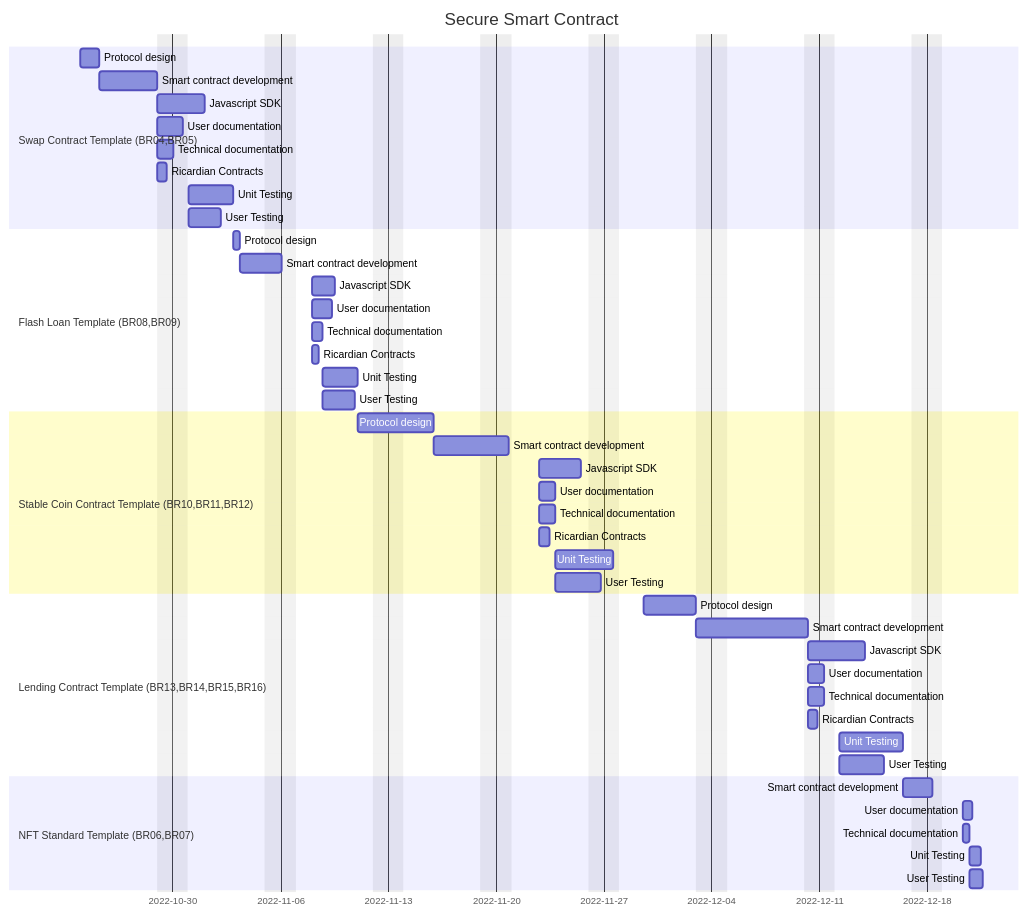
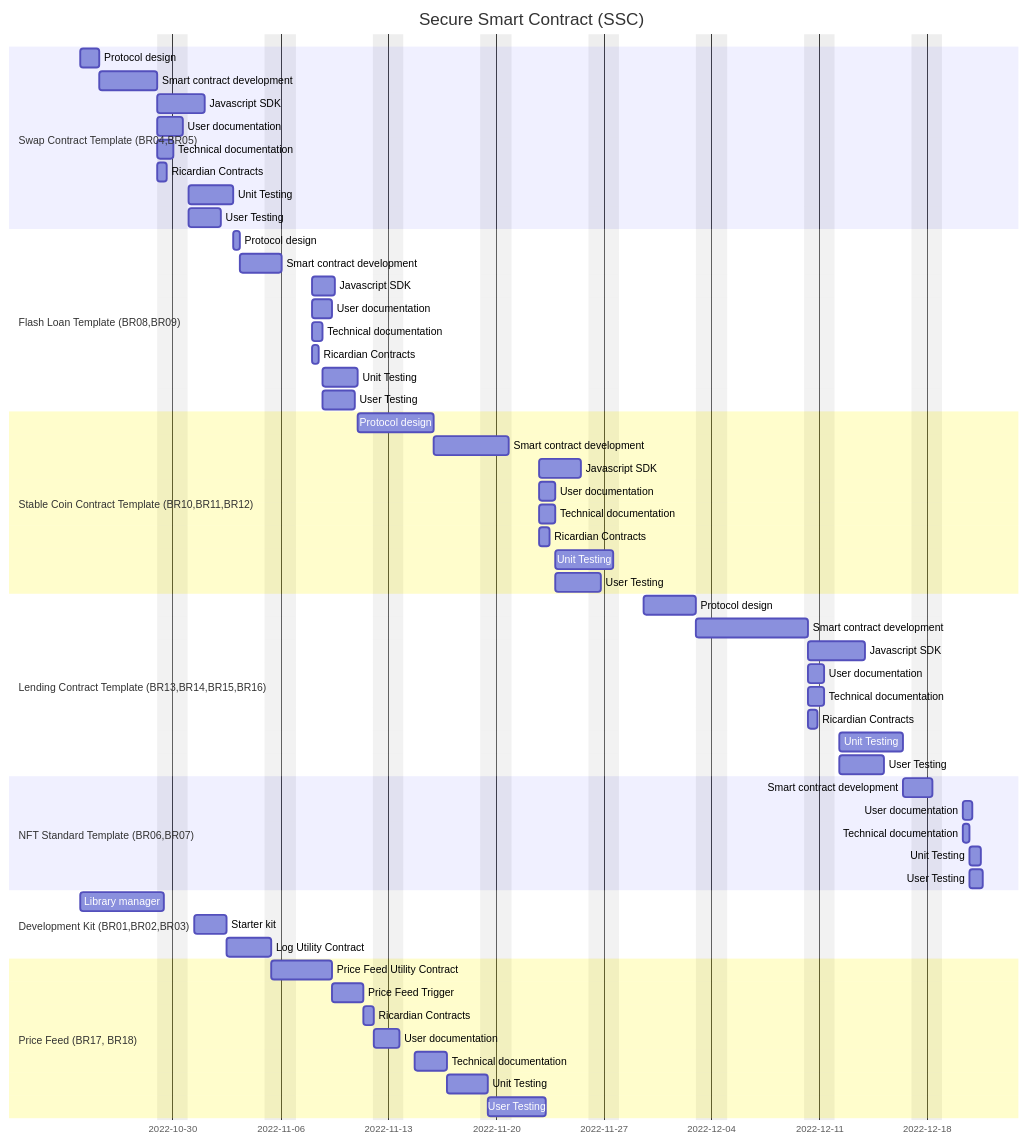
Before and after one commit to EOS-Nation/secure-smart-contract: the diagram in README.md, drawn with Mermaid.

````diff
--- a/README.md
+++ b/README.md
@@ -3,53 +3,67 @@
 ```mermaid
 gantt
     dateFormat  YYYY-MM-DD
-    title       Secure Smart Contract
+    title       Secure Smart Contract (SSC)
     excludes    weekends
 
     section Swap Contract Template (BR04,BR05)
     Protocol design                     :protocol1, 2022-10-24,30h
     Smart contract development          :dev1, after protocol1, 90h
     Javascript SDK                      :after dev1, 50h
     User documentation                  :after dev1, 40h
     Technical documentation             :docs1, after dev1, 25h
     Ricardian Contracts                 :after dev1, 15h
     Unit Testing                        :testing1, after docs1, 70h
     User Testing                        :after docs1, 50h
 
     section Flash Loan Template (BR08,BR09)
     Protocol design                     :protocol2, after testing1, 10h
     Smart contract development          :dev2, after protocol2, 65h
     Javascript SDK                      :after dev2, 35h
     User documentation                  :after dev2, 30h
     Technical documentation             :docs2, after dev2, 16h
     Ricardian Contracts                 :after dev2, 10h
     Unit Testing                        :testing2, after docs2, 55h
     User Testing                        :after docs2, 50h
 
     section Stable Coin Contract Template (BR10,BR11,BR12)
     Protocol design                     :protocol3, after testing2, 70h
     Smart contract development          :dev3, after protocol3, 117h
     Javascript SDK                      :after dev3, 65h
     User documentation                  :after dev3, 25h
     Technical documentation             :docs3, after dev3, 25h
     Ricardian Contracts                 :after dev3, 15h
     Unit Testing                        :testing3, after docs3, 90h
     User Testing                        :after docs3, 70h
 
     section Lending Contract Template (BR13,BR14,BR15,BR16)
     Protocol design                     :protocol4, after testing3, 80h
     Smart contract development          :dev4, after protocol4, 127h
     Javascript SDK                      :after dev4, 65h
     User documentation                  :after dev4, 25h
     Technical documentation             :docs4, after dev4, 25h
     Ricardian Contracts                 :after dev4, 15h
     Unit Testing                        :testing4, after docs4, 100h
     User Testing                        :after docs4, 70h
 
     section NFT Standard Template (BR06,BR07)
     Smart contract development          :dev5, after testing4, 45h
     User documentation                  :after dev5, 15h
     Technical documentation             :docs5, after dev5, 11h
     Unit Testing                        :testing5, after docs5, 17h
     User Testing                        :after docs5, 20h
+
+    section Development Kit (BR01,BR02,BR03)
+    Library manager                     :2022-10-24,130h
+    Starter kit                         :50h
+    Log Utility Contract                :70h
+
+    section Price Feed (BR17, BR18)
+    Price Feed Utility Contract         :70h
+    Price Feed Trigger                  :50h
+    Ricardian Contracts                 :15h
+    User documentation                  :40h
+    Technical documentation             :50h
+    Unit Testing                        :65h
+    User Testing                        :65h
 ```
````
